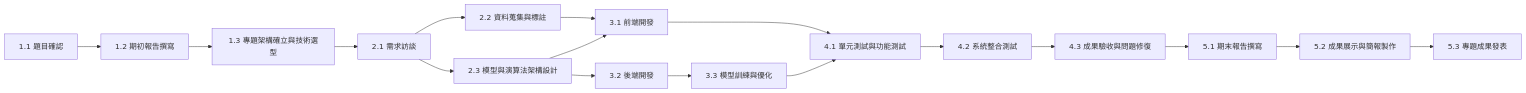
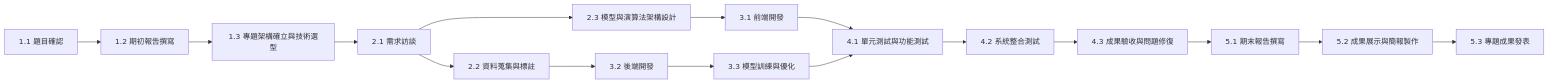
One commit to hong-wei-qi/campus-traffic-violation-identification-system changed the second of 2 diagrams in README.md. Above: the diagram before and after it, drawn with Mermaid.

````diff
--- a/README.md
+++ b/README.md
@@ -46,21 +46,20 @@
 ```mermaid
 graph LR
 
     B[1.1 題目確認] --> C[1.2 期初報告撰寫];
     C --> D[1.3 專題架構確立與技術選型];
     D --> E[2.1 需求訪談];
     E --> F[2.2 資料蒐集與標註];
     E --> G[2.3 模型與演算法架構設計];
     G --> H[3.1 前端開發];
-    F --> H;
-    G --> I[3.2 後端開發];
+    F --> I[3.2 後端開發];
     I --> J[3.3 模型訓練與優化];
     H --> K[4.1 單元測試與功能測試];
     J --> K;
     K --> L[4.2 系統整合測試];
     L --> M[4.3 成果驗收與問題修復];
     M --> N[5.1 期末報告撰寫];
     N --> O[5.2 成果展示與簡報製作];
     O --> P[5.3 專題成果發表];
 
 ```
````
